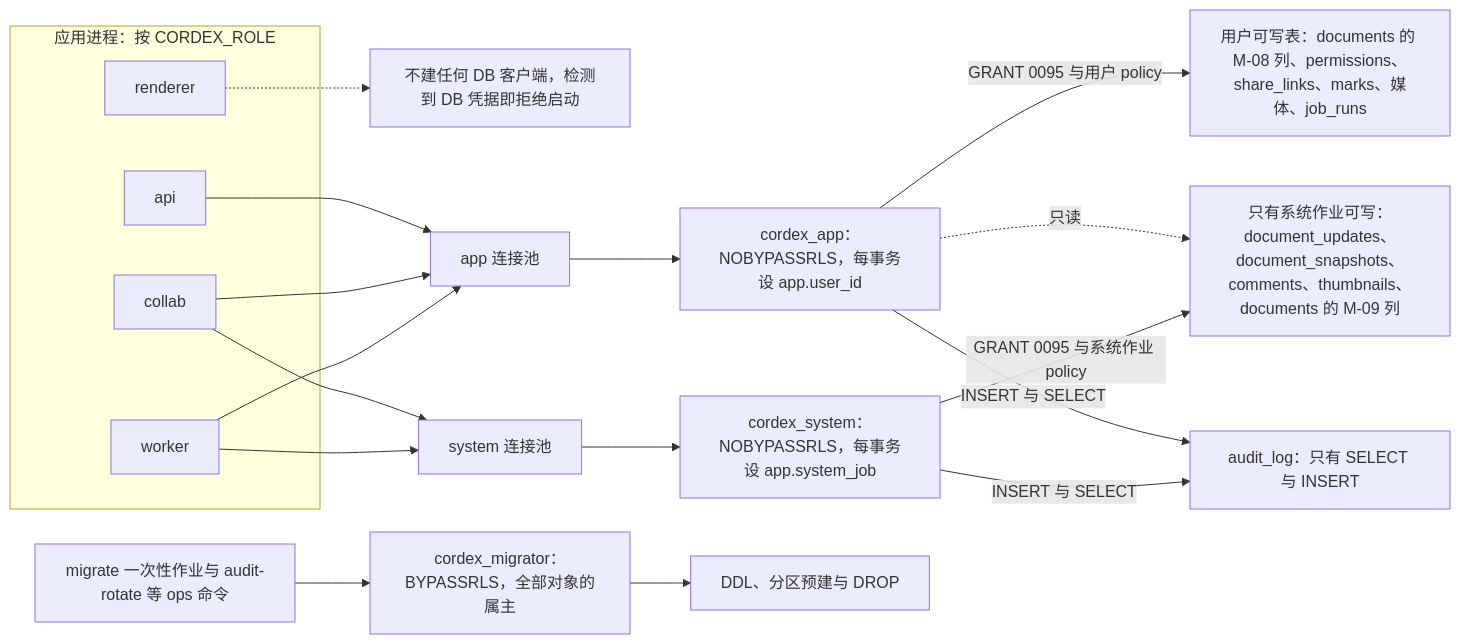
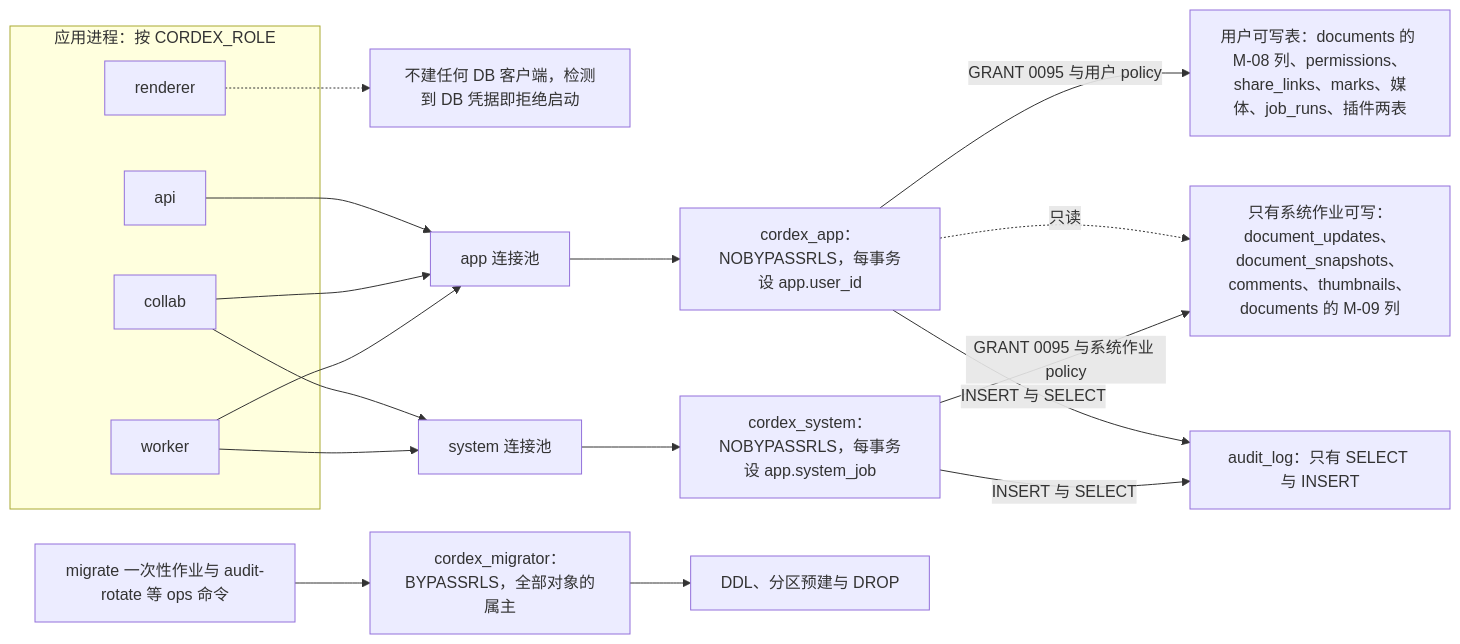
Before and after one commit to Xeonice/cordis-ppt-editor: the first of 7 diagrams in docs/60-backend/08-db-conventions-roles-rls-migrations.md, drawn with Mermaid. The commit also changed other lines of this file and 19 other files, not shown here.

````diff
--- a/docs/60-backend/08-db-conventions-roles-rls-migrations.md
+++ b/docs/60-backend/08-db-conventions-roles-rls-migrations.md
@@ -121,32 +123,32 @@
 ```mermaid
 flowchart LR
   subgraph procs["应用进程：按 CORDEX_ROLE"]
     api["api"]
     collab["collab"]
     worker["worker"]
     renderer["renderer"]
   end
   noDb["不建任何 DB 客户端，检测到 DB 凭据即拒绝启动"]
   opsJob["migrate 一次性作业与 audit-rotate 等 ops 命令"]
   appPool["app 连接池"]
   sysPool["system 连接池"]
   rApp["cordex_app：NOBYPASSRLS，每事务设 app.user_id"]
   rSys["cordex_system：NOBYPASSRLS，每事务设 app.system_job"]
   rMig["cordex_migrator：BYPASSRLS，全部对象的属主"]
-  tUser["用户可写表：documents 的 M-08 列、permissions、share_links、marks、媒体、job_runs"]
+  tUser["用户可写表：documents 的 M-08 列、permissions、share_links、marks、媒体、job_runs、插件两表"]
   tSys["只有系统作业可写：document_updates、document_snapshots、comments、thumbnails、documents 的 M-09 列"]
   tAudit["audit_log：只有 SELECT 与 INSERT"]
   tDdl["DDL、分区预建与 DROP"]
   api --> appPool
   collab --> appPool & sysPool
   worker --> appPool & sysPool
   renderer -.-> noDb
   appPool --> rApp
   sysPool --> rSys
   opsJob --> rMig
   rApp -- "GRANT 0095 与用户 policy" --> tUser
   rApp -. "只读" .-> tSys
   rSys -- "GRANT 0095 与系统作业 policy" --> tSys
   rApp & rSys -->|"INSERT 与 SELECT"| tAudit
   rMig --> tDdl
 ```
````
